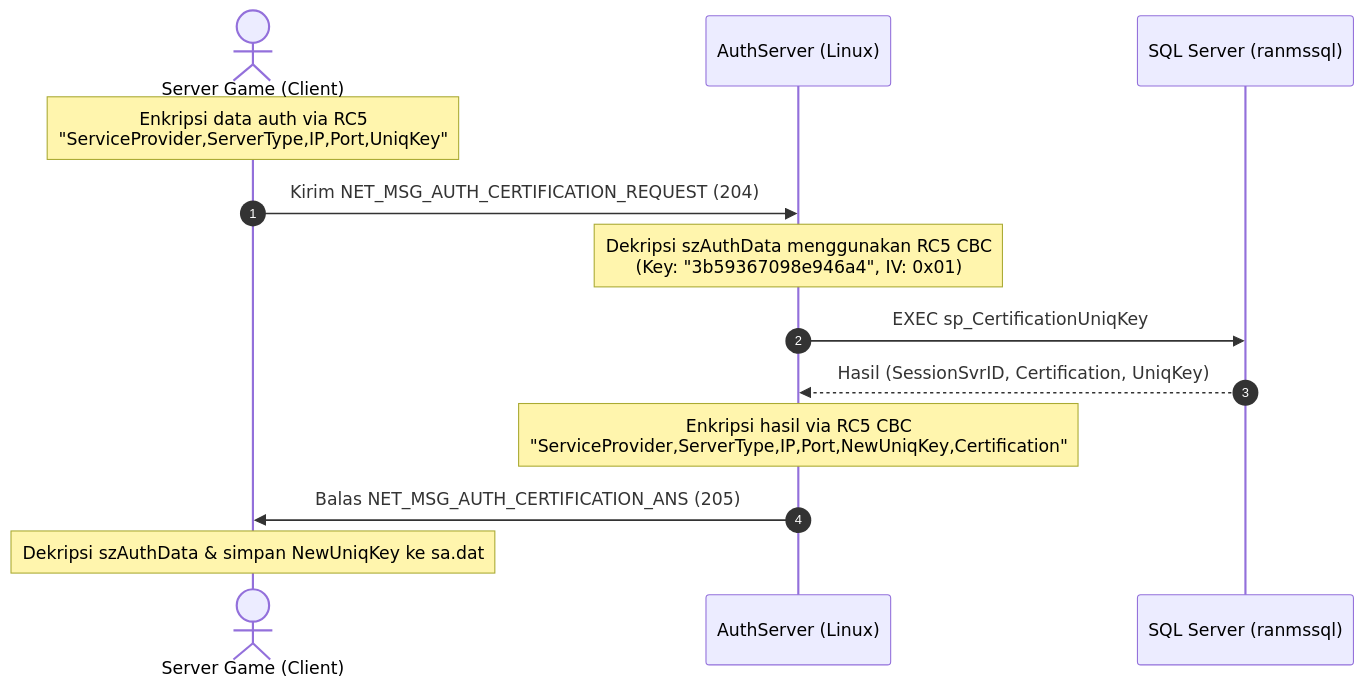
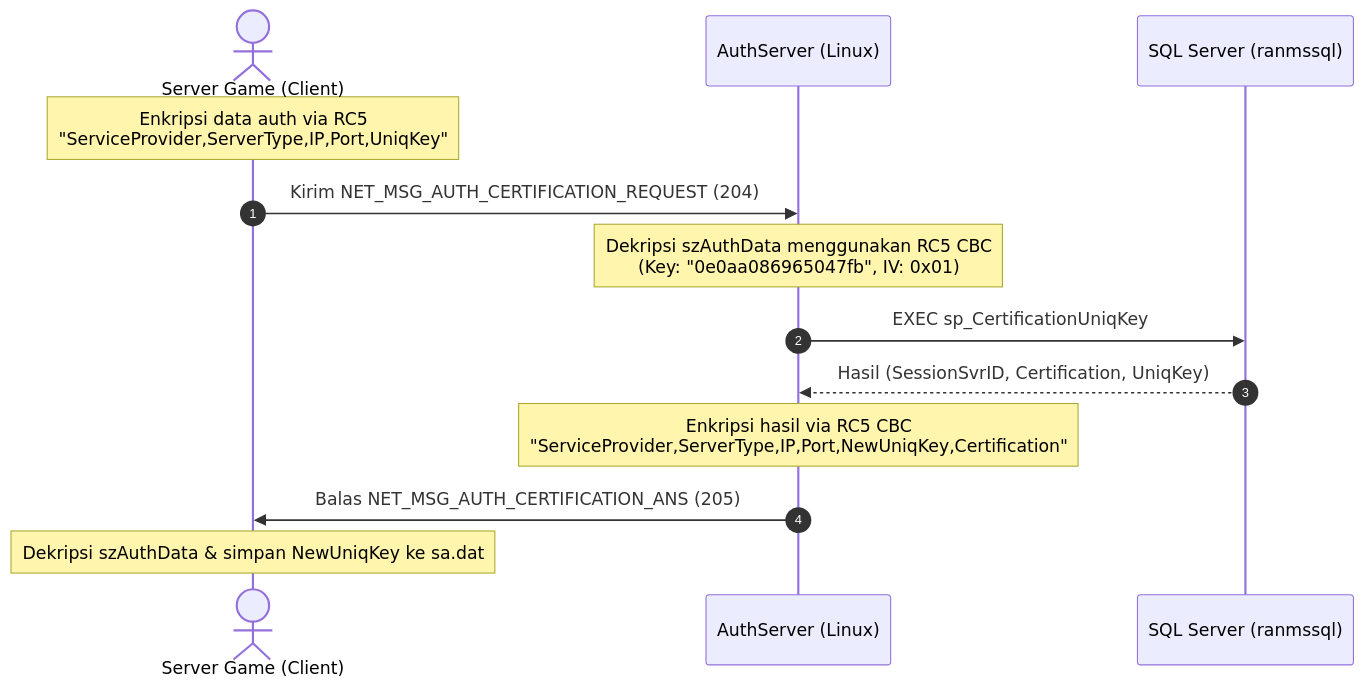
The diagram in docs/runbooks/auth-cert-crypto.md (bss-mochammademir/ran-online), drawn with Mermaid before and after one commit. The commit also changed other lines of this file and 2 other files, not shown here.

First line of the commit message:
fix(auth): correct RC5 cert key to MD5("mincoms")[:16] = 0e0aa086965047fb

````diff
--- a/docs/runbooks/auth-cert-crypto.md
+++ b/docs/runbooks/auth-cert-crypto.md
@@ -9,16 +9,16 @@
 ```mermaid
 sequenceDiagram
     autonumber
     actor Client as Server Game (Client)
     participant Auth as AuthServer (Linux)
     participant DB as SQL Server (ranmssql)
 
     Note over Client: Enkripsi data auth via RC5<br/>"ServiceProvider,ServerType,IP,Port,UniqKey"
     Client->>Auth: Kirim NET_MSG_AUTH_CERTIFICATION_REQUEST (204)
-    Note over Auth: Dekripsi szAuthData menggunakan RC5 CBC<br/>(Key: "3b59367098e946a4", IV: 0x01)
+    Note over Auth: Dekripsi szAuthData menggunakan RC5 CBC<br/>(Key: "0e0aa086965047fb", IV: 0x01)
     Auth->>DB: EXEC sp_CertificationUniqKey
     DB-->>Auth: Hasil (SessionSvrID, Certification, UniqKey)
     Note over Auth: Enkripsi hasil via RC5 CBC<br/>"ServiceProvider,ServerType,IP,Port,NewUniqKey,Certification"
     Auth->>Client: Balas NET_MSG_AUTH_CERTIFICATION_ANS (205)
     Note over Client: Dekripsi szAuthData & simpan NewUniqKey ke sa.dat
 ```
````
